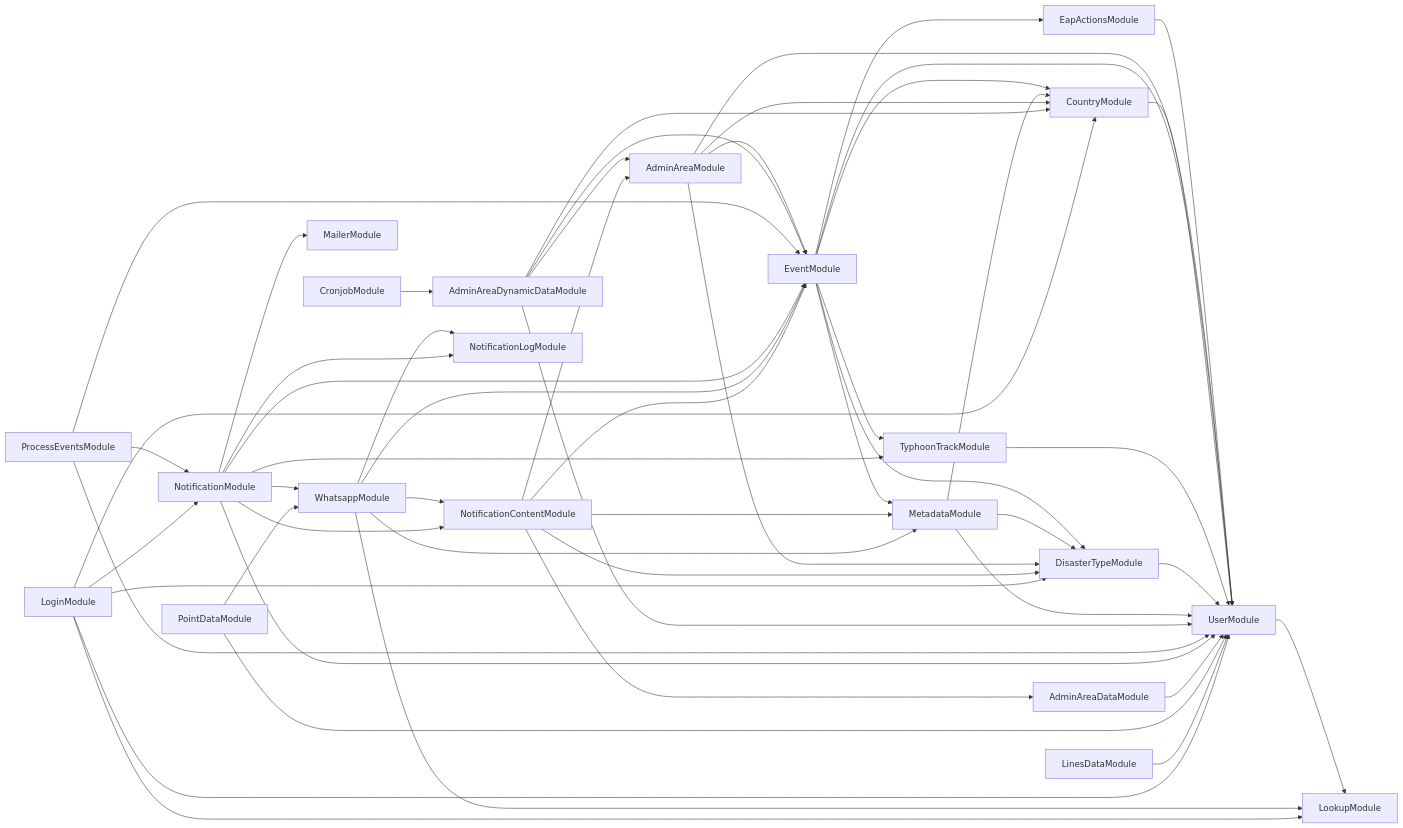
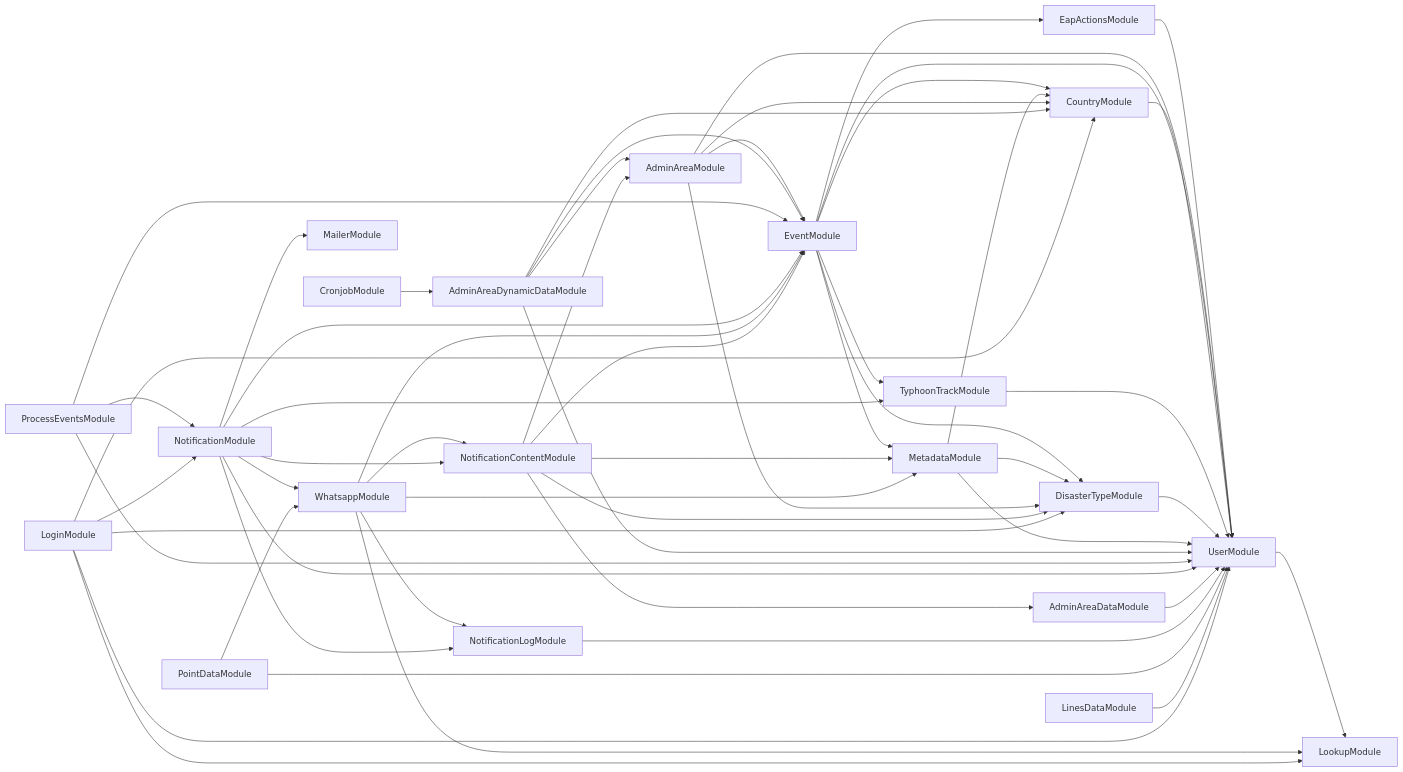
The diagram in services/API-service/module-dependencies.md (rodekruis/IBF-system), drawn with Mermaid before and after one commit. The commit also changed 17 other files, not shown here.

````diff
--- a/services/API-service/module-dependencies.md
+++ b/services/API-service/module-dependencies.md
@@ -3,55 +3,56 @@
 ```mermaid
 graph LR
   EapActionsModule-->UserModule
   UserModule-->LookupModule
   AdminAreaModule-->UserModule
   AdminAreaModule-->EventModule
   EventModule-->UserModule
   EventModule-->CountryModule
   CountryModule-->UserModule
   EventModule-->EapActionsModule
   EventModule-->TyphoonTrackModule
   TyphoonTrackModule-->UserModule
   EventModule-->DisasterTypeModule
   DisasterTypeModule-->UserModule
   EventModule-->MetadataModule
   MetadataModule-->UserModule
   MetadataModule-->CountryModule
   MetadataModule-->DisasterTypeModule
   AdminAreaModule-->CountryModule
   AdminAreaModule-->DisasterTypeModule
   AdminAreaDynamicDataModule-->UserModule
   AdminAreaDynamicDataModule-->EventModule
   AdminAreaDynamicDataModule-->CountryModule
   AdminAreaDynamicDataModule-->AdminAreaModule
   ProcessEventsModule-->UserModule
   ProcessEventsModule-->EventModule
   ProcessEventsModule-->NotificationModule
   NotificationModule-->UserModule
   NotificationModule-->EventModule
   NotificationModule-->WhatsappModule
   WhatsappModule-->LookupModule
   WhatsappModule-->EventModule
   WhatsappModule-->NotificationContentModule
   NotificationContentModule-->EventModule
   NotificationContentModule-->AdminAreaDataModule
   AdminAreaDataModule-->UserModule
   NotificationContentModule-->AdminAreaModule
   NotificationContentModule-->DisasterTypeModule
   NotificationContentModule-->MetadataModule
   WhatsappModule-->NotificationLogModule
+  NotificationLogModule-->UserModule
   WhatsappModule-->MetadataModule
   NotificationModule-->NotificationContentModule
   NotificationModule-->NotificationLogModule
   NotificationModule-->TyphoonTrackModule
   NotificationModule-->MailerModule
   PointDataModule-->UserModule
   PointDataModule-->WhatsappModule
   LinesDataModule-->UserModule
   CronjobModule-->AdminAreaDynamicDataModule
   LoginModule-->LookupModule
   LoginModule-->UserModule
   LoginModule-->CountryModule
   LoginModule-->DisasterTypeModule
   LoginModule-->NotificationModule
 ```
````
